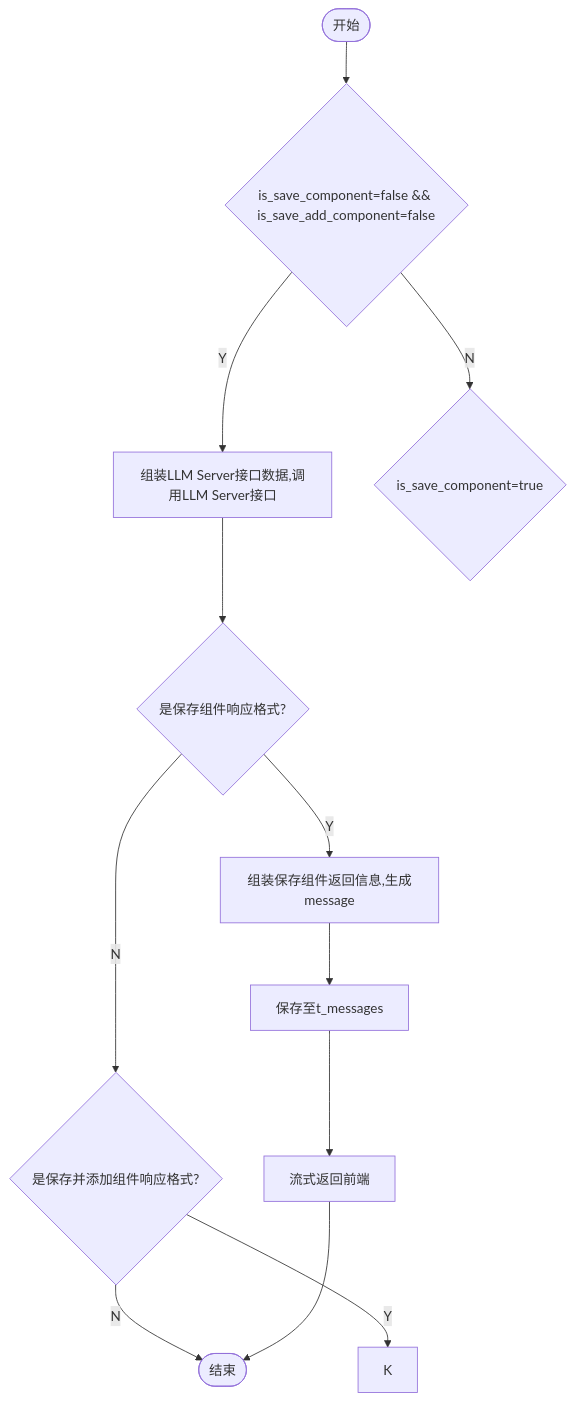
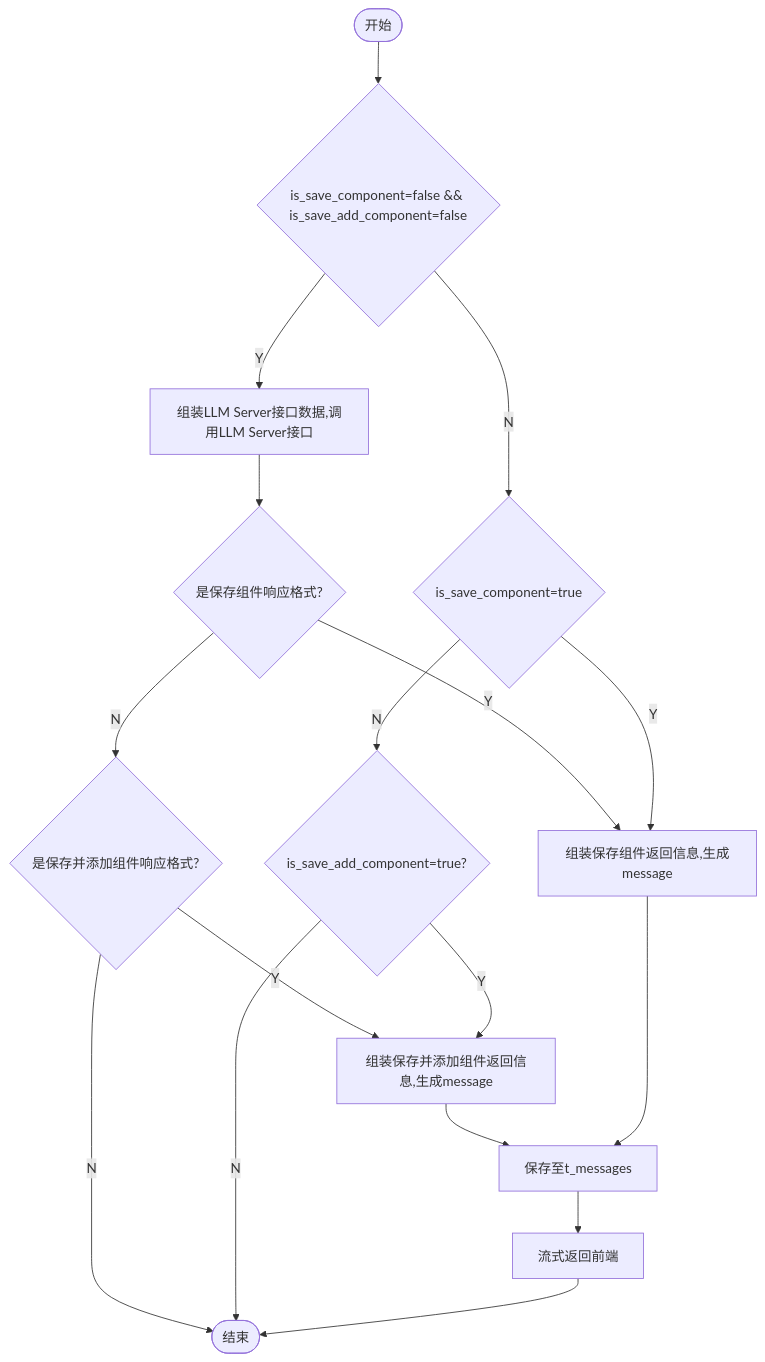
Before and after one commit to yingjianzh/iodraw-files: the diagram in all/未命名-7.md, drawn with Mermaid.

Commit message:
2024-10-12 14:14:52 update

````diff
--- a/all/未命名-7.md
+++ b/all/未命名-7.md
@@ -1,16 +1,22 @@
 ```mermaid
 flowchart TD
     A([开始]) --> B{is_save_component=false && is_save_add_component=false}
     B -- Y --> C[组装LLM Server接口数据,调用LLM Server接口]
     B -- N --> D{is_save_component=true}
     C --> E{是保存组件响应格式?}
     E -- Y --> F[组装保存组件返回信息,生成message]
     E -- N --> L{是保存并添加组件响应格式?}
     L -- Y --> K
     L -- N --> I
+    D -- N --> J{is_save_add_component=true?}
+    D -- Y --> F
+    
+    J -- Y --> K[组装保存并添加组件返回信息,生成message]
+    K --> G
+    J -- N --> I
     F --> G[保存至t_messages]
     G --> H[流式返回前端]
     H --> I([结束])
     
 
 ```
````
